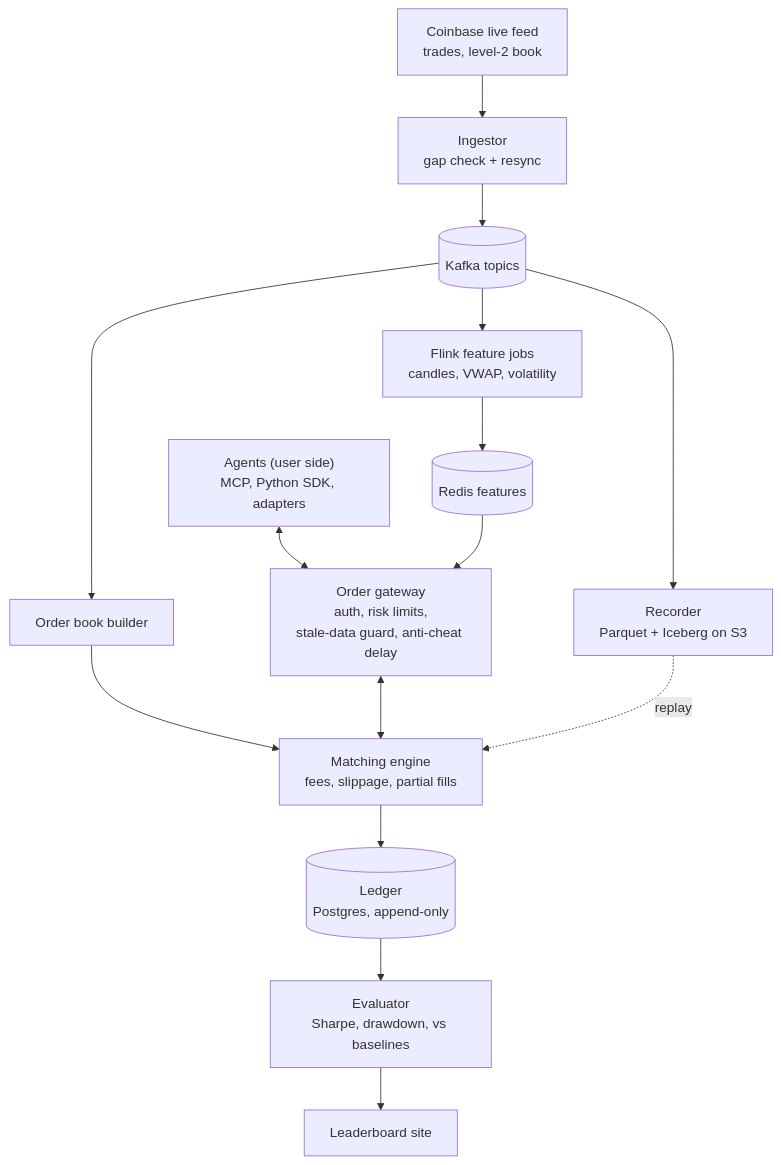
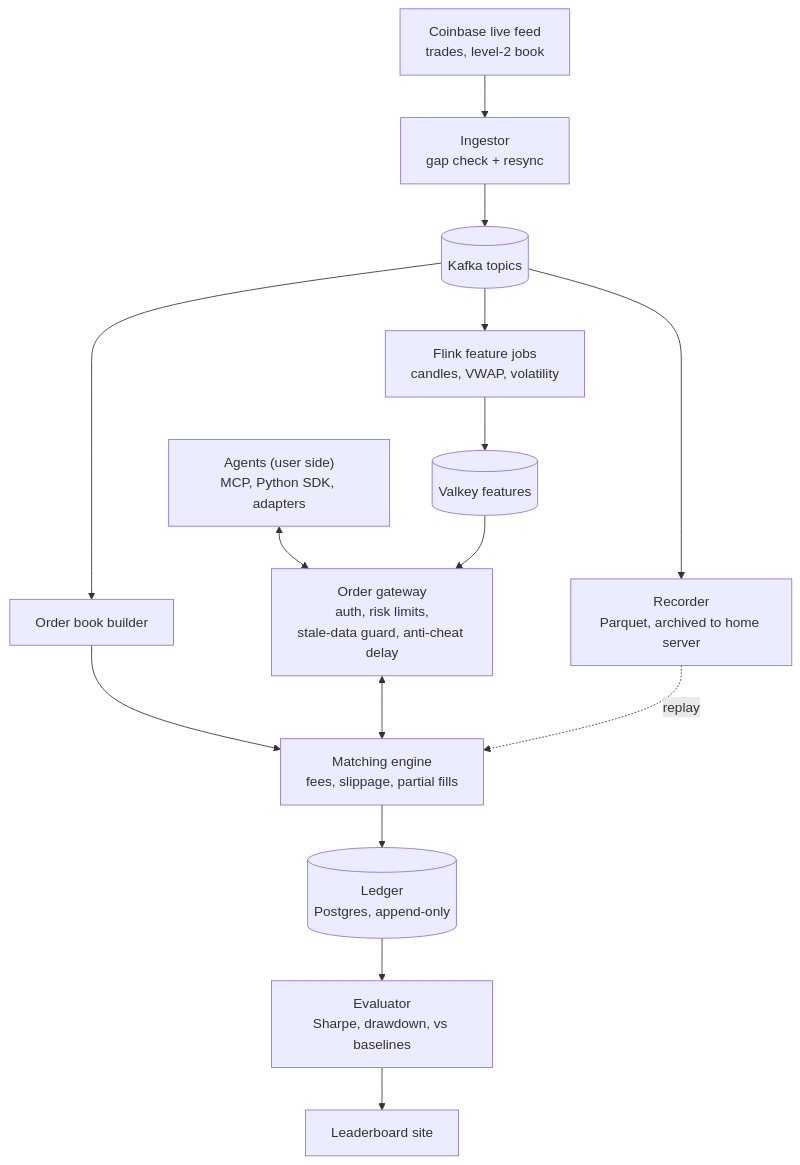
One commit to Suddha-Abhitej/SimEx changed the diagram in README.md. Above: the diagram before and after it, drawn with Mermaid. The commit also changed other lines of this file and 3 other files, not shown here.

````diff
--- a/README.md
+++ b/README.md
@@ -27,17 +27,17 @@
 ```mermaid
 flowchart TD
     CB["Coinbase live feed<br/>trades, level-2 book"] --> ING["Ingestor<br/>gap check + resync"]
     ING --> K[("Kafka topics")]
-    K --> REC["Recorder<br/>Parquet + Iceberg on S3"]
+    K --> REC["Recorder<br/>Parquet, archived to home server"]
     K --> FL["Flink feature jobs<br/>candles, VWAP, volatility"]
     K --> BB["Order book builder"]
-    FL --> R[("Redis features")]
+    FL --> R[("Valkey features")]
     BB --> ME["Matching engine<br/>fees, slippage, partial fills"]
     AG["Agents (user side)<br/>MCP, Python SDK, adapters"] <--> GW["Order gateway<br/>auth, risk limits,<br/>stale-data guard, anti-cheat delay"]
     R --> GW
     GW <--> ME
     ME --> L[("Ledger<br/>Postgres, append-only")]
     L --> EV["Evaluator<br/>Sharpe, drawdown, vs baselines"]
     EV --> LB["Leaderboard site"]
     REC -. replay .-> ME
 ```
````
